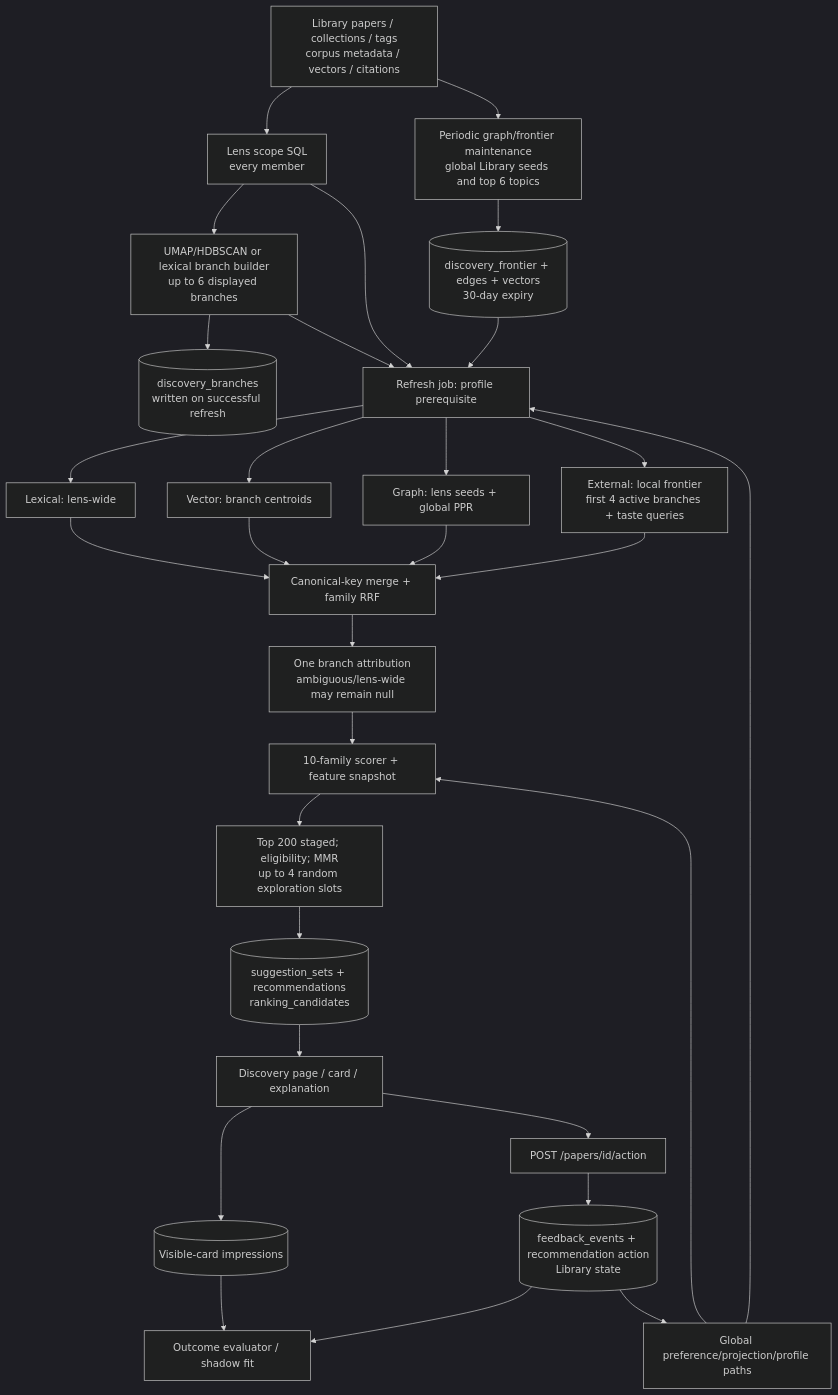
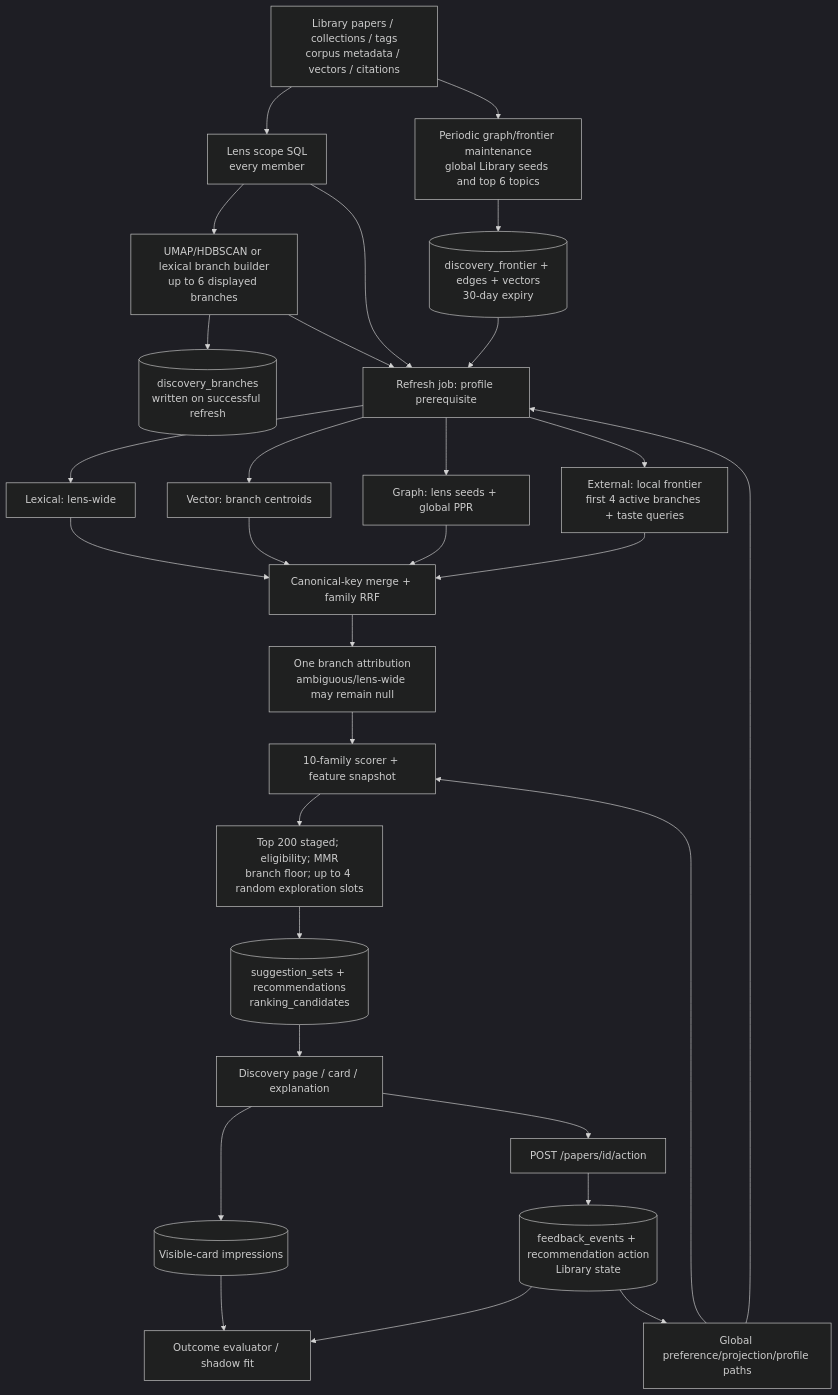
The diagram in docs/reference/discovery-current-state-map.md (costantinoai/alma-library-manager), drawn with Mermaid (dark theme) before and after one commit. The commit also changed other lines of this file and 3 other files, not shown here.

````diff
--- a/docs/reference/discovery-current-state-map.md
+++ b/docs/reference/discovery-current-state-map.md
@@ -42,32 +42,32 @@
 ```mermaid
 flowchart TD
   X[Library papers / collections / tags<br/>corpus metadata / vectors / citations] --> L[Lens scope SQL<br/>every member]
   L --> B[UMAP/HDBSCAN or lexical branch builder<br/>up to 6 displayed branches]
   B --> BC[(discovery_branches<br/>written on successful refresh)]
   X --> G[Periodic graph/frontier maintenance<br/>global Library seeds and top 6 topics]
   G --> F[(discovery_frontier + edges + vectors<br/>30-day expiry)]
   L --> R[Refresh job: profile prerequisite]
   B --> R
   F --> R
   R --> RL[Lexical: lens-wide]
   R --> RV[Vector: branch centroids]
   R --> RG[Graph: lens seeds + global PPR]
   R --> RE[External: local frontier<br/>first 4 active branches + taste queries]
   RL --> M[Canonical-key merge + family RRF]
   RV --> M
   RG --> M
   RE --> M
   M --> A[One branch attribution<br/>ambiguous/lens-wide may remain null]
   A --> S[10-family scorer + feature snapshot]
-  S --> C[Top 200 staged; eligibility; MMR<br/>up to 4 random exploration slots]
+  S --> C[Top 200 staged; eligibility; MMR<br/>branch floor; up to 4 random exploration slots]
   C --> D[(suggestion_sets + recommendations<br/>ranking_candidates)]
   D --> U[Discovery page / card / explanation]
   U --> I[(Visible-card impressions)]
   U --> P[POST /papers/id/action]
   P --> E[(feedback_events + recommendation action<br/>Library state)]
   I --> V[Outcome evaluator / shadow fit]
   E --> V
   E --> GP[Global preference/projection/profile paths]
   GP --> R
   GP --> S
 ```
````
